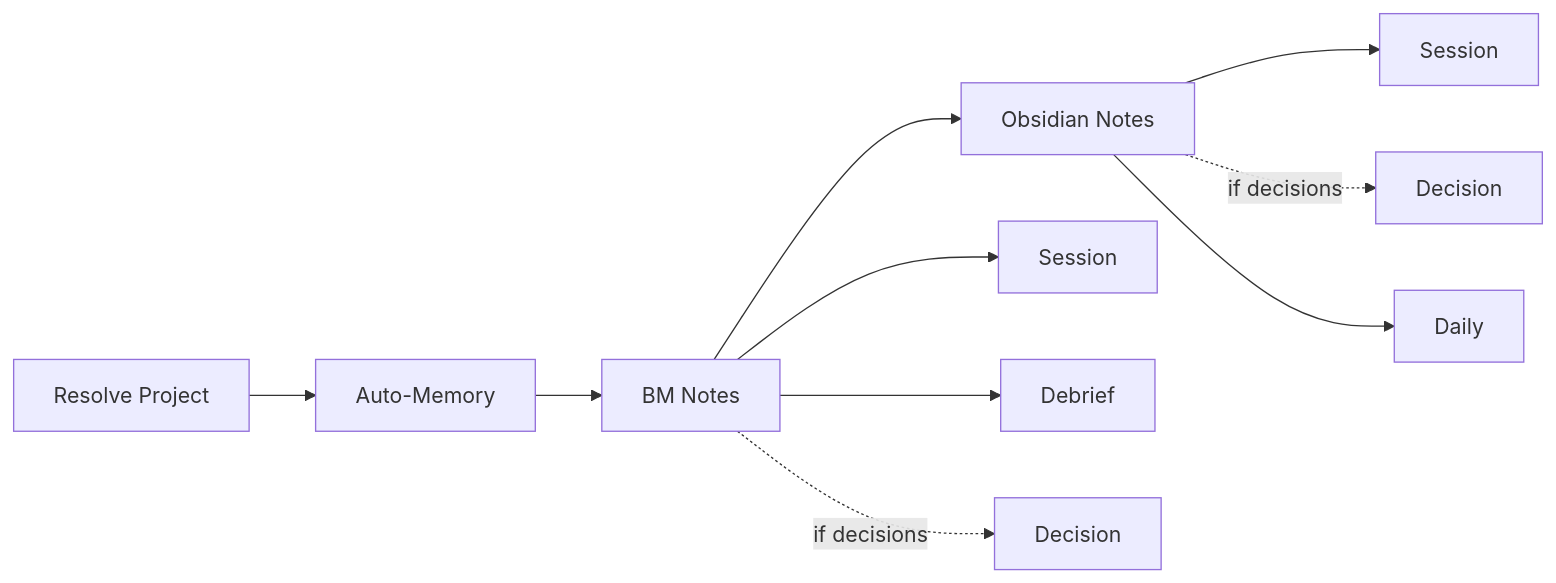
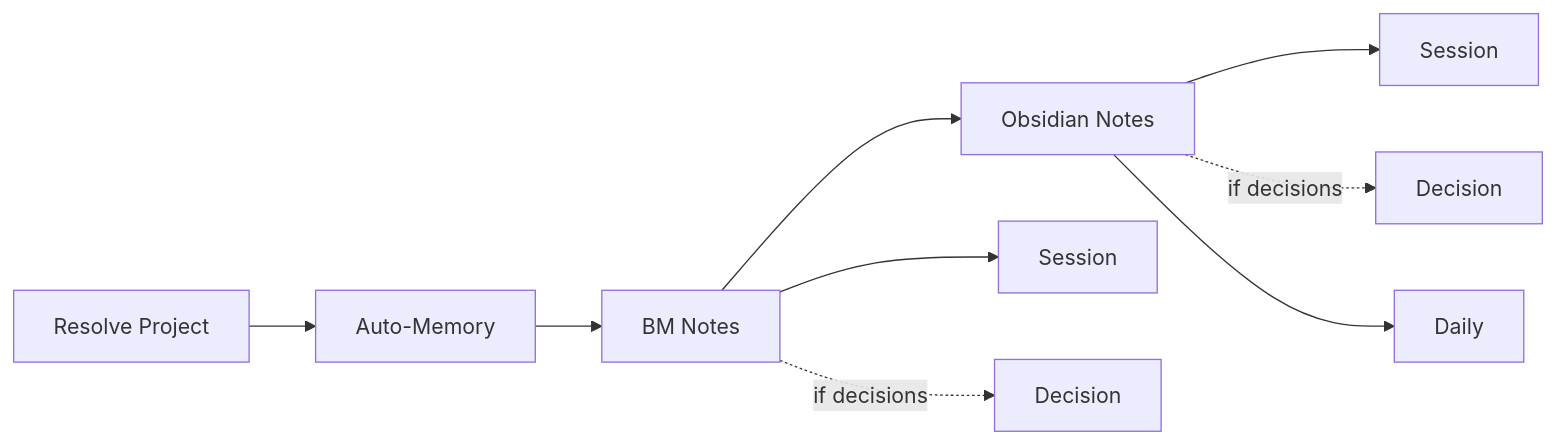
Before and after one commit to adeonir/agent-skills: the diagram in skills/(tooling)/wrap-up/README.md, drawn with Mermaid. The commit also changed other lines of this file and 4 other files, not shown here.

````diff
--- a/skills/(tooling)/wrap-up/README.md
+++ b/skills/(tooling)/wrap-up/README.md
@@ -13,12 +13,11 @@
 ```mermaid
 flowchart LR
   A[Resolve Project] --> B[Auto-Memory]
   B --> C[BM Notes]
   C --> D[Obsidian Notes]
   C --> C1[Session]
-  C --> C2[Debrief]
   C -.->|if decisions| C3[Decision]
   D --> D1[Session]
   D -.->|if decisions| D3[Decision]
   D --> D2[Daily]
 ```
````
